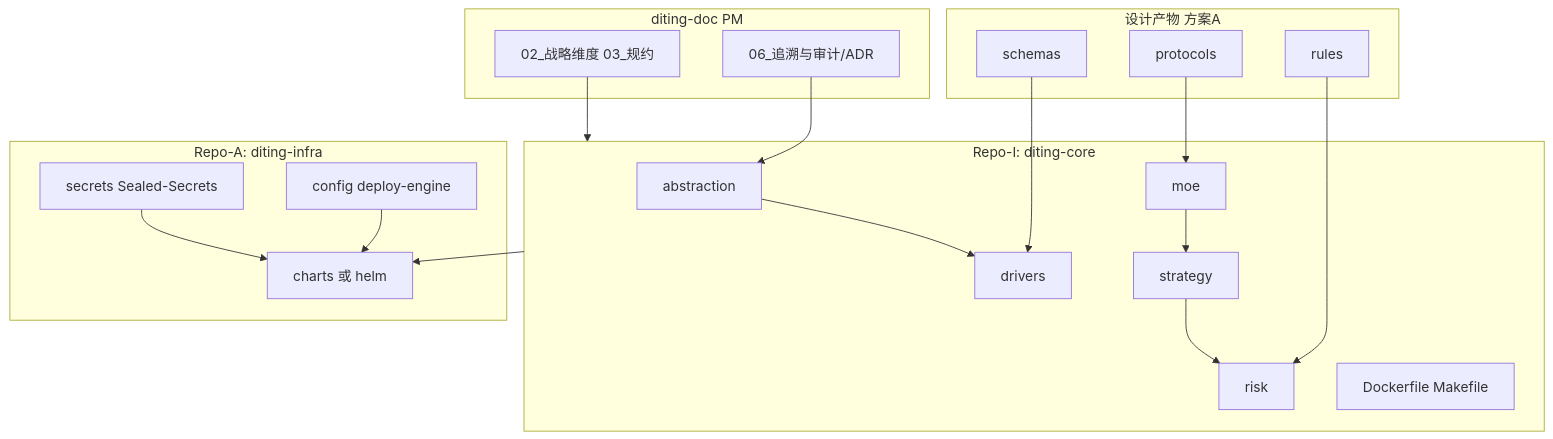
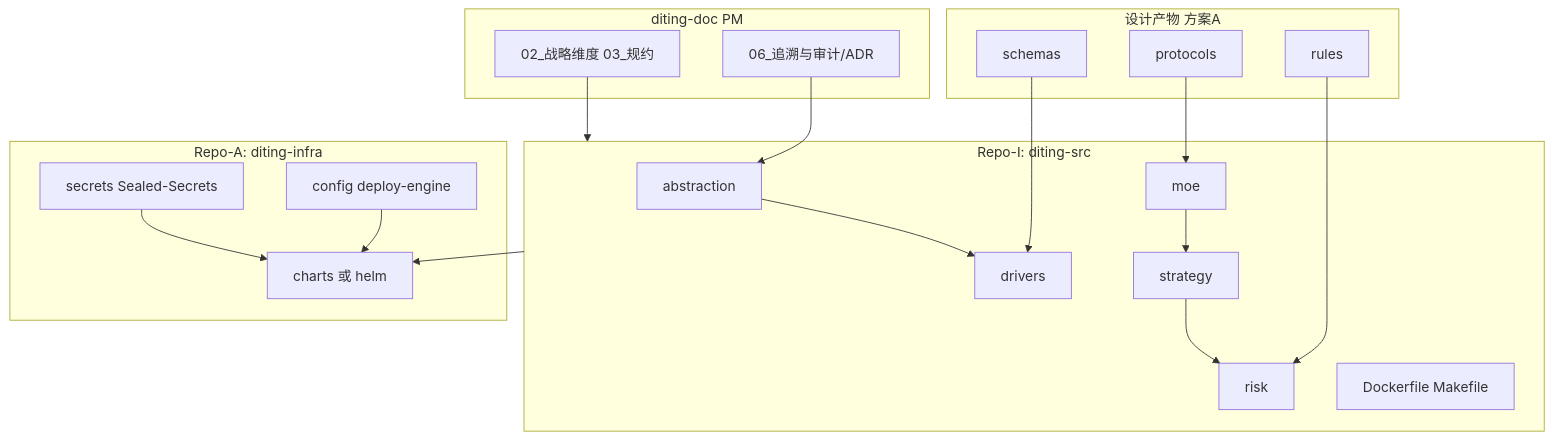
Before and after one commit to myxxhui/diting-doc: the first of 2 diagrams in 03_原子目标与规约/_共享规约/02_三位一体仓库规约.md, drawn with Mermaid. The commit also changed other lines of this file and 238 other files, not shown here.

````diff
--- a/03_原子目标与规约/_共享规约/02_三位一体仓库规约.md
+++ b/03_原子目标与规约/_共享规约/02_三位一体仓库规约.md
@@ -26,36 +26,36 @@
 ```mermaid
 flowchart TB
     subgraph Doc[diting-doc PM]
         ADR[06_追溯与审计/ADR]
         L2L3[02_战略维度 03_规约]
     end
     subgraph Design[设计产物 方案A]
         SCHEMA[schemas]
         PROTO[protocols]
         RULES[rules]
     end
-    subgraph RepoI[Repo-I: diting-core]
+    subgraph RepoI[Repo-I: diting-src]
         ABS[abstraction]
         DRIVER[drivers]
         MOE[moe]
         RISK[risk]
         STRAT[strategy]
         DOCKER[Dockerfile Makefile]
     end
     subgraph RepoA[Repo-A: diting-infra]
         CHARTS[charts 或 helm]
         CONFIG[config deploy-engine]
         SEC[secrets Sealed-Secrets]
     end
     ADR --> ABS
     L2L3 --> RepoI
     PROTO --> MOE
     SCHEMA --> DRIVER
     RULES --> RISK
     ABS --> DRIVER
     MOE --> STRAT
     STRAT --> RISK
     RepoI --> CHARTS
     CONFIG --> CHARTS
     SEC --> CHARTS
 ```
````
